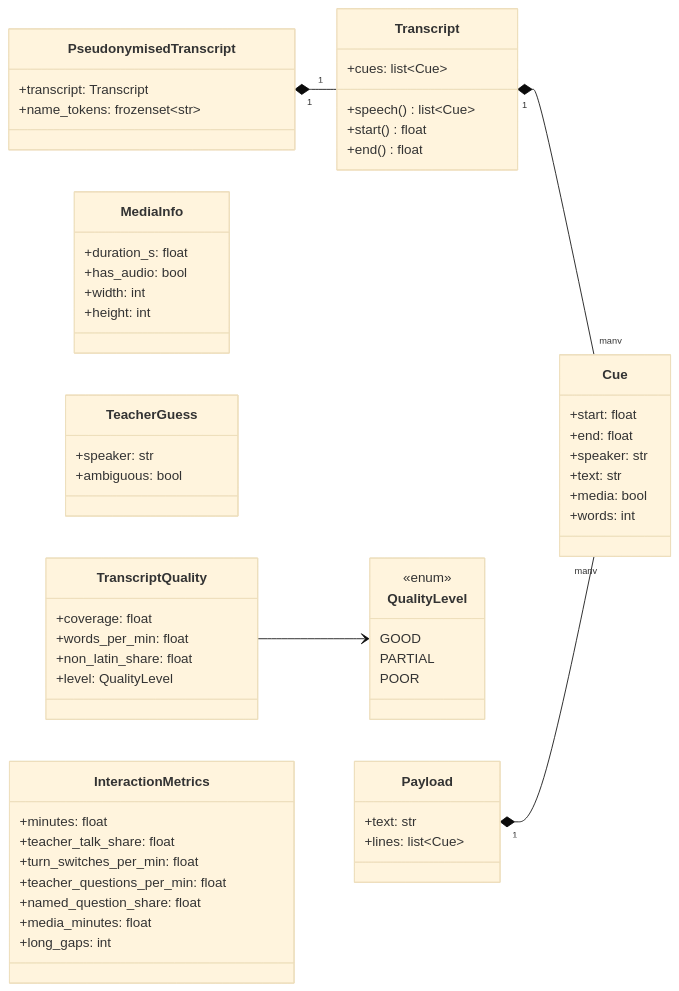
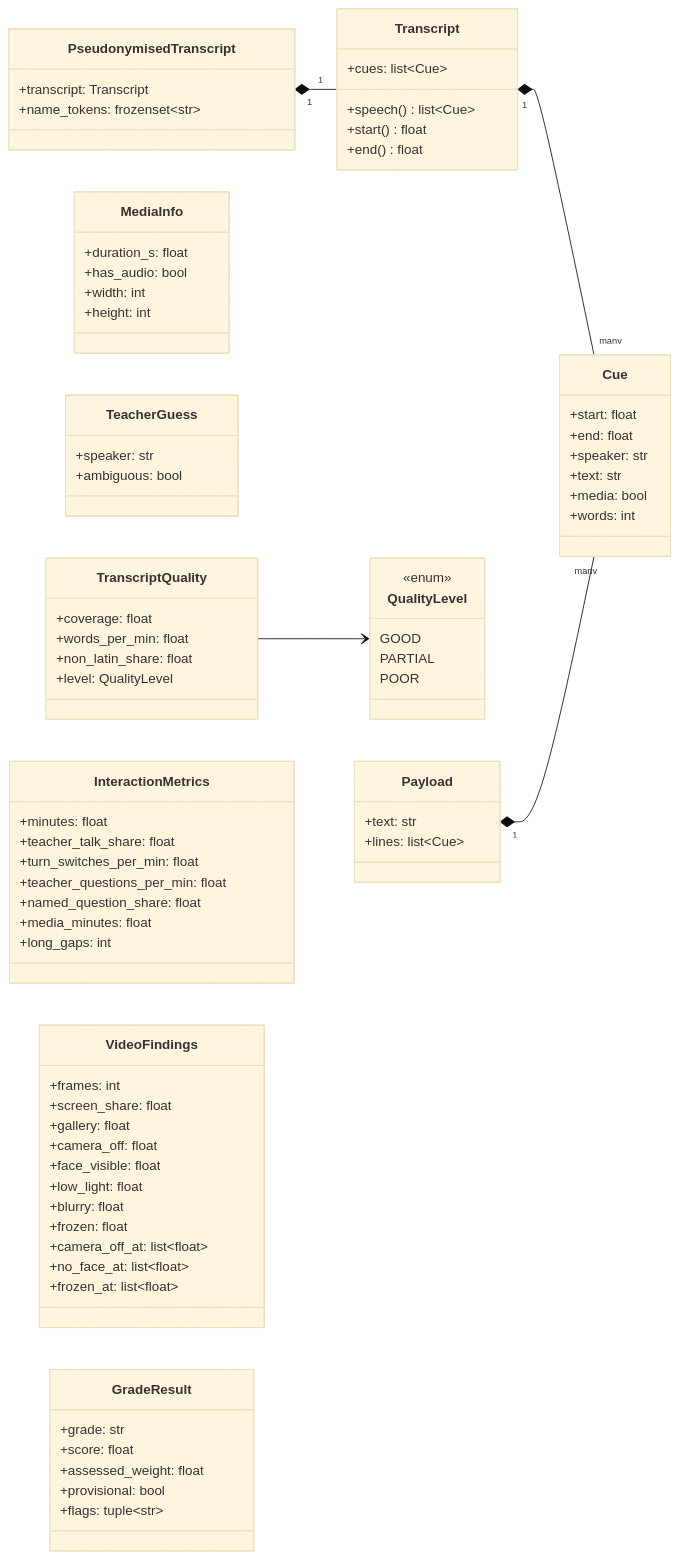
The fourth of 17 diagrams in docs/LLD.md (Ashish94312/classlens), drawn with Mermaid (base theme) before and after one commit. The commit also changed other lines of this file and 18 other files, not shown here.

Commit message:
Add local video checks: camera, face, screen share, gates

````diff
--- a/docs/LLD.md
+++ b/docs/LLD.md
@@ -209,61 +220,81 @@
 ```mermaid
 classDiagram
   direction LR
   class Cue {
     +start: float
     +end: float
     +speaker: str
     +text: str
     +media: bool
     +words: int
   }
   class Transcript {
     +cues: list~Cue~
     +speech() list~Cue~
     +start() float
     +end() float
   }
   class PseudonymisedTranscript {
     +transcript: Transcript
     +name_tokens: frozenset~str~
   }
   class MediaInfo {
     +duration_s: float
     +has_audio: bool
     +width: int
     +height: int
   }
   class TeacherGuess {
     +speaker: str
     +ambiguous: bool
   }
   class QualityLevel {
     <<enum>>
     GOOD
     PARTIAL
     POOR
   }
   class TranscriptQuality {
     +coverage: float
     +words_per_min: float
     +non_latin_share: float
     +level: QualityLevel
   }
   class InteractionMetrics {
     +minutes: float
     +teacher_talk_share: float
     +turn_switches_per_min: float
     +teacher_questions_per_min: float
     +named_question_share: float
     +media_minutes: float
     +long_gaps: int
   }
   class Payload {
     +text: str
     +lines: list~Cue~
   }
+  class VideoFindings {
+    +frames: int
+    +screen_share: float
+    +gallery: float
+    +camera_off: float
+    +face_visible: float
+    +low_light: float
+    +blurry: float
+    +frozen: float
+    +camera_off_at: list~float~
+    +no_face_at: list~float~
+    +frozen_at: list~float~
+  }
+  class GradeResult {
+    +grade: str
+    +score: float
+    +assessed_weight: float
+    +provisional: bool
+    +flags: tuple~str~
+  }
   Transcript "1" *-- "many" Cue
   PseudonymisedTranscript "1" *-- "1" Transcript
   Payload "1" *-- "many" Cue
   TranscriptQuality --> QualityLevel
 ```
````
